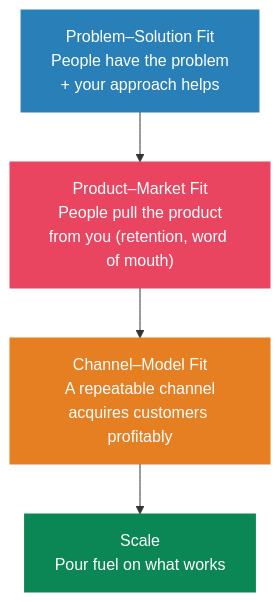
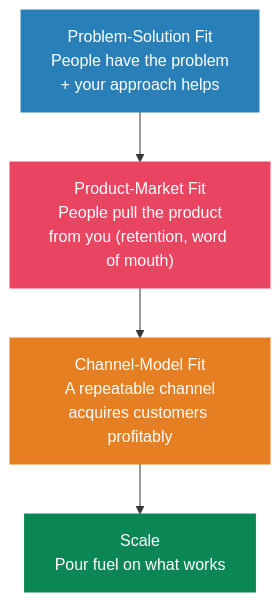
The sixth of 9 diagrams in business/startup-playbook.md (Cyvid7-Darus10/peak-self), drawn with Mermaid before and after one commit. The commit also changed other lines of this file and 12 other files, not shown here.

````diff
--- a/business/startup-playbook.md
+++ b/business/startup-playbook.md
@@ -182,10 +183,10 @@
 ```mermaid
 flowchart TD
-    A["Problem–Solution Fit<br/>People have the problem<br/>+ your approach helps"] --> B["Product–Market Fit<br/>People pull the product<br/>from you (retention, word of mouth)"]
-    B --> C["Channel–Model Fit<br/>A repeatable channel<br/>acquires customers profitably"]
+    A["Problem-Solution Fit<br/>People have the problem<br/>+ your approach helps"] --> B["Product-Market Fit<br/>People pull the product<br/>from you (retention, word of mouth)"]
+    B --> C["Channel-Model Fit<br/>A repeatable channel<br/>acquires customers profitably"]
     C --> D["Scale<br/>Pour fuel on what works"]
     style A fill:#2980b9,stroke:#2980b9,color:#fff
     style B fill:#e94560,stroke:#e94560,color:#fff
     style C fill:#e67e22,stroke:#e67e22,color:#fff
     style D fill:#0a8754,stroke:#0a8754,color:#fff
 ```
````
